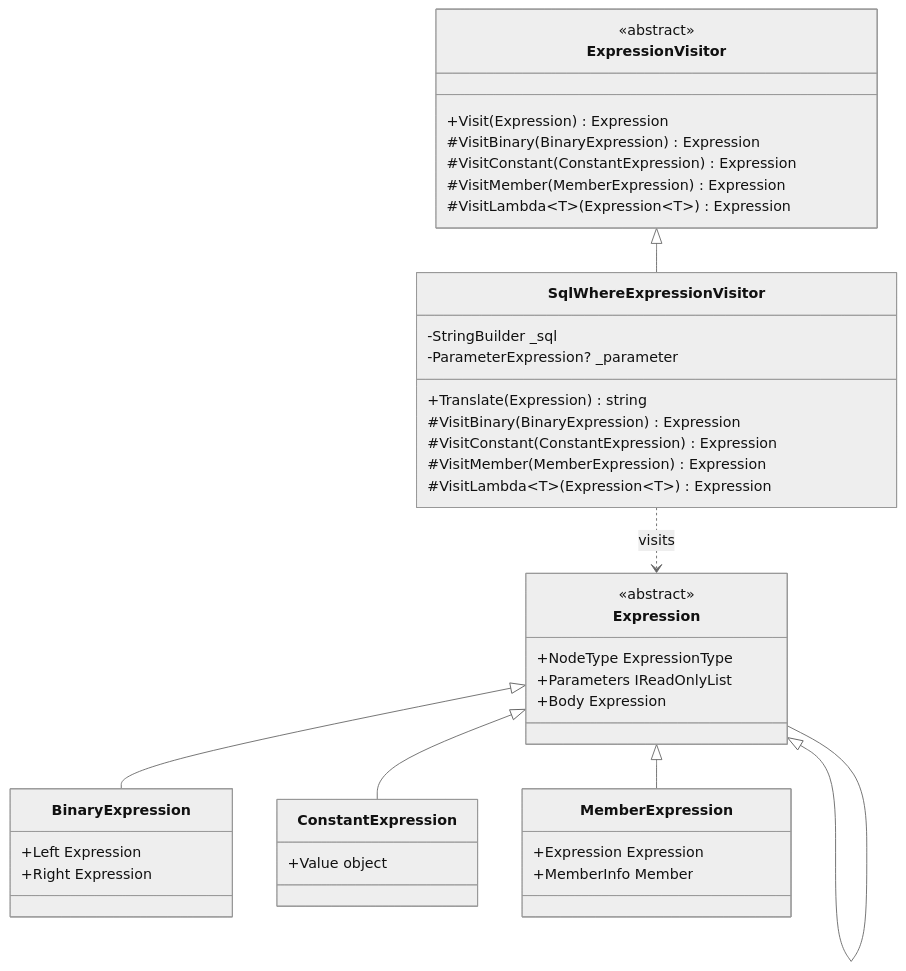
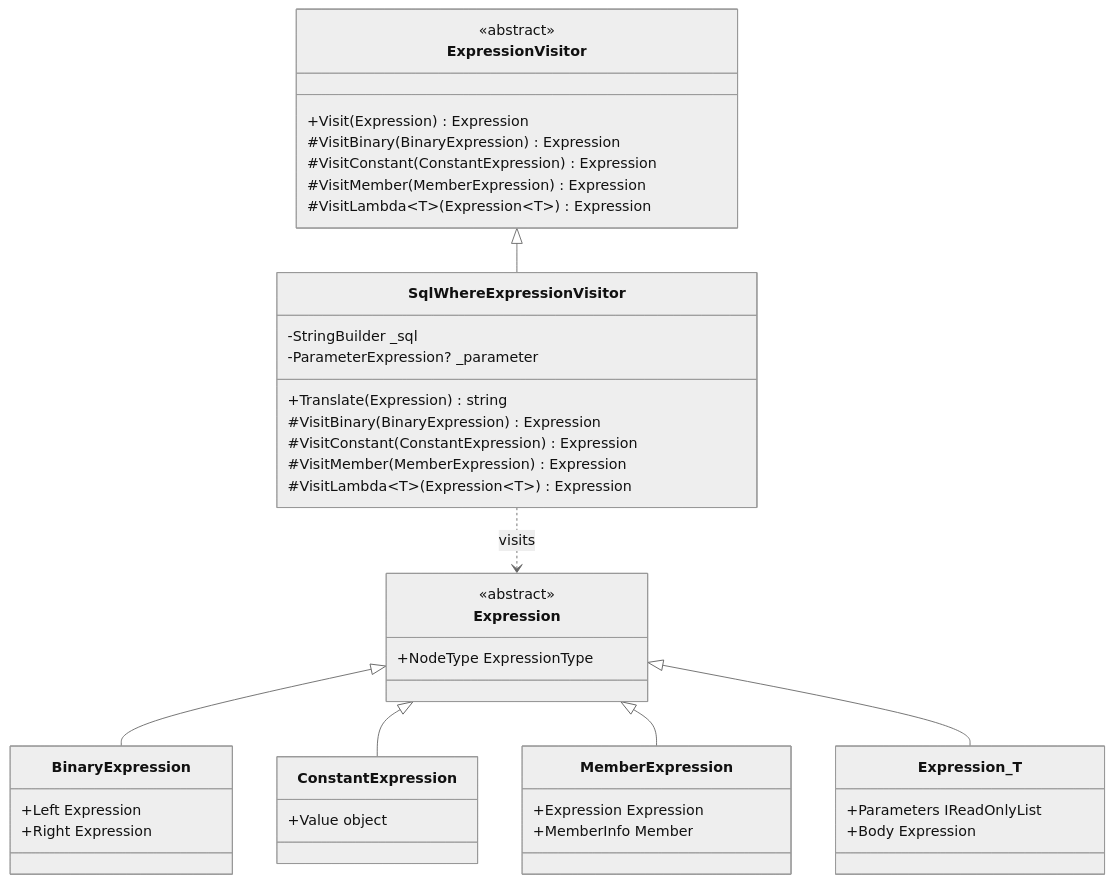
The fifth of 5 diagrams in ch08/diagrams.md (PacktPublishing/Expert-CSharp-Programming), drawn with Mermaid (neutral theme) before and after one commit.

Commit message:
Update diagrams.md
change Expression~T~ to Expression_T to display it as class on GitHub

````diff
--- a/ch08/diagrams.md
+++ b/ch08/diagrams.md
@@ -71,47 +71,47 @@
 ```mermaid
 classDiagram
     class ExpressionVisitor {
         <<abstract>>
         +Visit(Expression) Expression
         #VisitBinary(BinaryExpression) Expression
         #VisitConstant(ConstantExpression) Expression
         #VisitMember(MemberExpression) Expression
         #VisitLambda~T~(Expression~T~) Expression
     }
     class SqlWhereExpressionVisitor {
         -StringBuilder _sql
         -ParameterExpression? _parameter
         +Translate(Expression) string
         #VisitBinary(BinaryExpression) Expression
         #VisitConstant(ConstantExpression) Expression
         #VisitMember(MemberExpression) Expression
         #VisitLambda~T~(Expression~T~) Expression
     }
     class Expression {
         <<abstract>>
         +NodeType ExpressionType
     }
     class BinaryExpression {
         +Left Expression
         +Right Expression
     }
     class ConstantExpression {
         +Value object
     }
     class MemberExpression {
         +Expression Expression
         +MemberInfo Member
     }
-    class Expression~T~ {
+    class Expression_T {
         +Parameters IReadOnlyList
         +Body Expression
     }
 
     
     ExpressionVisitor <|-- SqlWhereExpressionVisitor
     Expression <|-- BinaryExpression
     Expression <|-- ConstantExpression
     Expression <|-- MemberExpression
-    Expression <|-- Expression~T~
+    Expression <|-- Expression_T
     SqlWhereExpressionVisitor ..> Expression : visits
 ```
````
